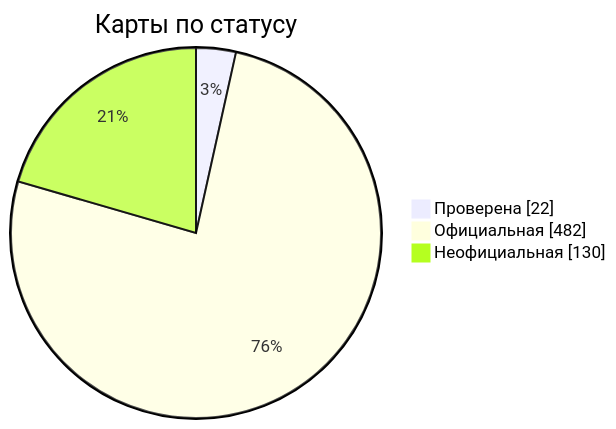
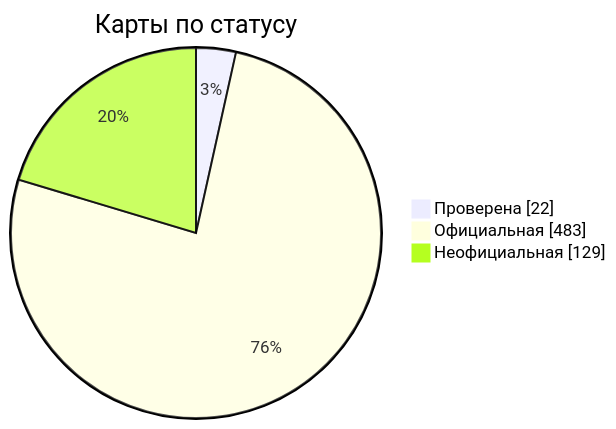
One commit to nobrega8/mbmap-library changed the diagram in docs/readme/README_RU.md. Above: the diagram before and after it, drawn with Mermaid. The commit also changed 6 other files, not shown here.

````diff
--- a/docs/readme/README_RU.md
+++ b/docs/readme/README_RU.md
@@ -54,7 +54,7 @@
 ```mermaid
 pie showData
     title Карты по статусу
     "Проверена" : 22
-    "Официальная" : 482
-    "Неофициальная" : 130
+    "Официальная" : 483
+    "Неофициальная" : 129
 ```
````
